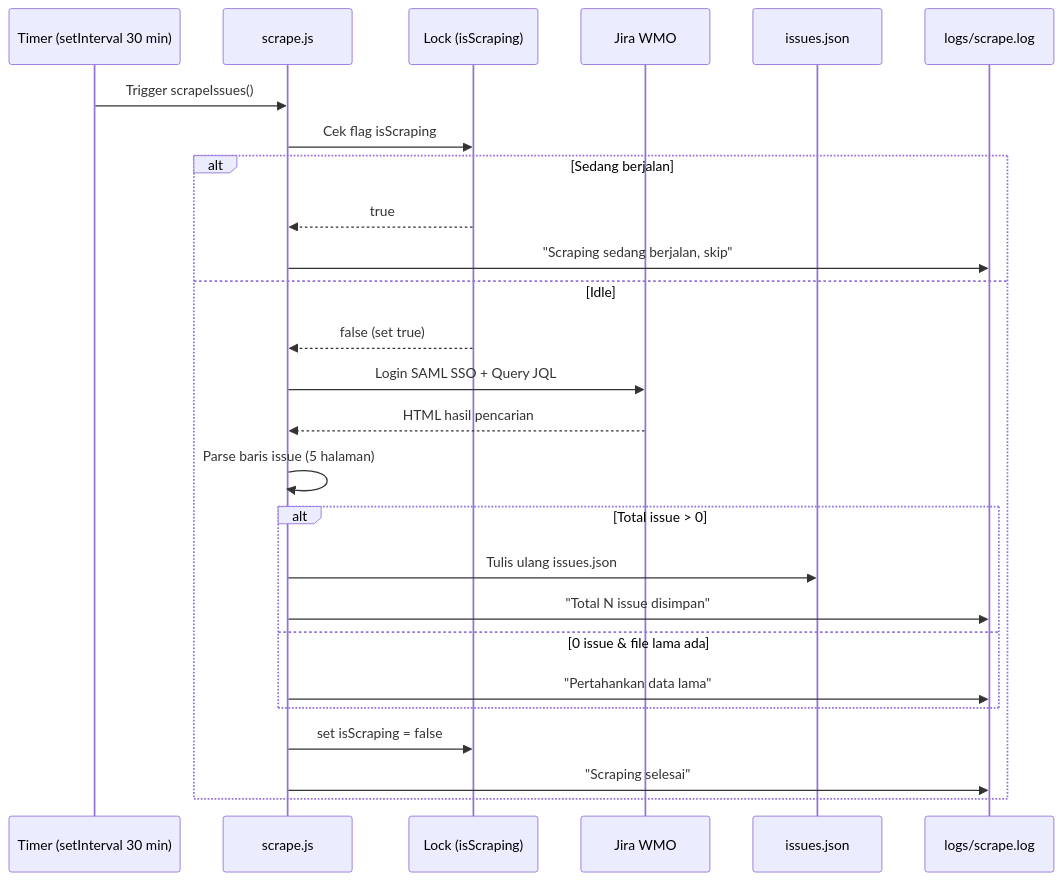
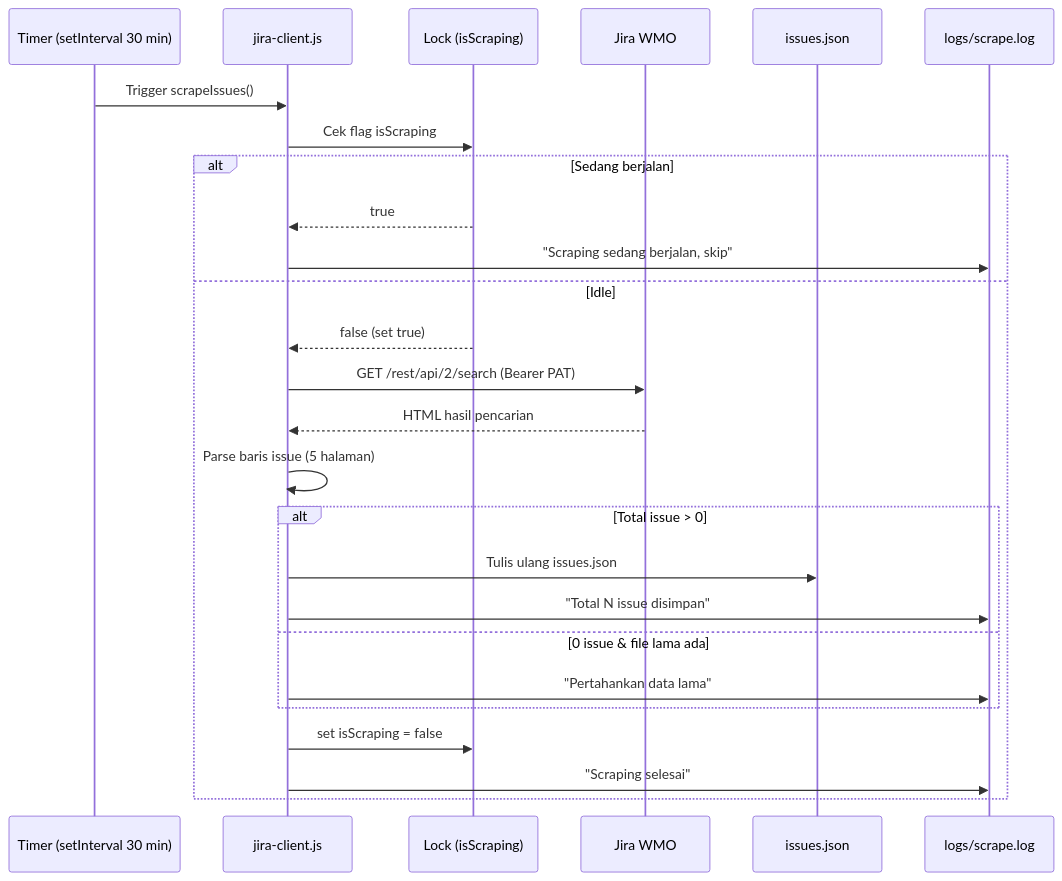
One commit to dikkyzzz/rwc-v2 changed the second of 5 diagrams in jira-ticket-v2/ALUR_DATA_JIRA_MONITORING.md. Above: the diagram before and after it, drawn with Mermaid. The commit also changed other lines of this file and 30 other files, not shown here.

````diff
--- a/jira-ticket-v2/ALUR_DATA_JIRA_MONITORING.md
+++ b/jira-ticket-v2/ALUR_DATA_JIRA_MONITORING.md
@@ -81,30 +81,30 @@
 ```mermaid
 sequenceDiagram
     participant T as Timer (setInterval 30 min)
-    participant S as scrape.js
+    participant S as jira-client.js
     participant L as Lock (isScraping)
     participant J as Jira WMO
     participant F as issues.json
     participant LOG as logs/scrape.log
 
     T->>S: Trigger scrapeIssues()
     S->>L: Cek flag isScraping
 
     alt Sedang berjalan
         L-->>S: true
         S->>LOG: "Scraping sedang berjalan, skip"
     else Idle
         L-->>S: false (set true)
-        S->>J: Login SAML SSO + Query JQL
+        S->>J: GET /rest/api/2/search (Bearer PAT)
         J-->>S: HTML hasil pencarian
         S->>S: Parse baris issue (5 halaman)
         alt Total issue > 0
             S->>F: Tulis ulang issues.json
             S->>LOG: "Total N issue disimpan"
         else 0 issue & file lama ada
             S->>LOG: "Pertahankan data lama"
         end
         S->>L: set isScraping = false
         S->>LOG: "Scraping selesai"
     end
 ```
````
